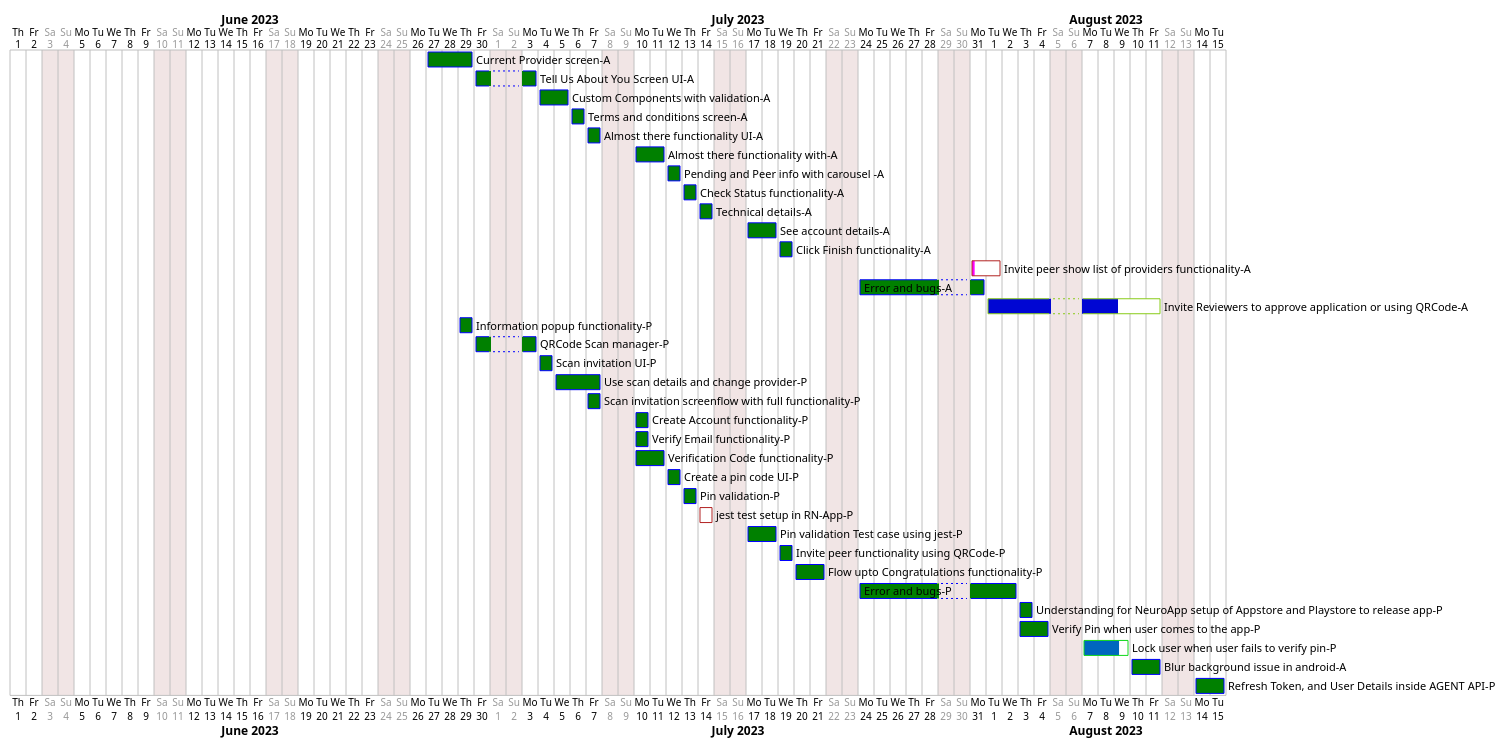
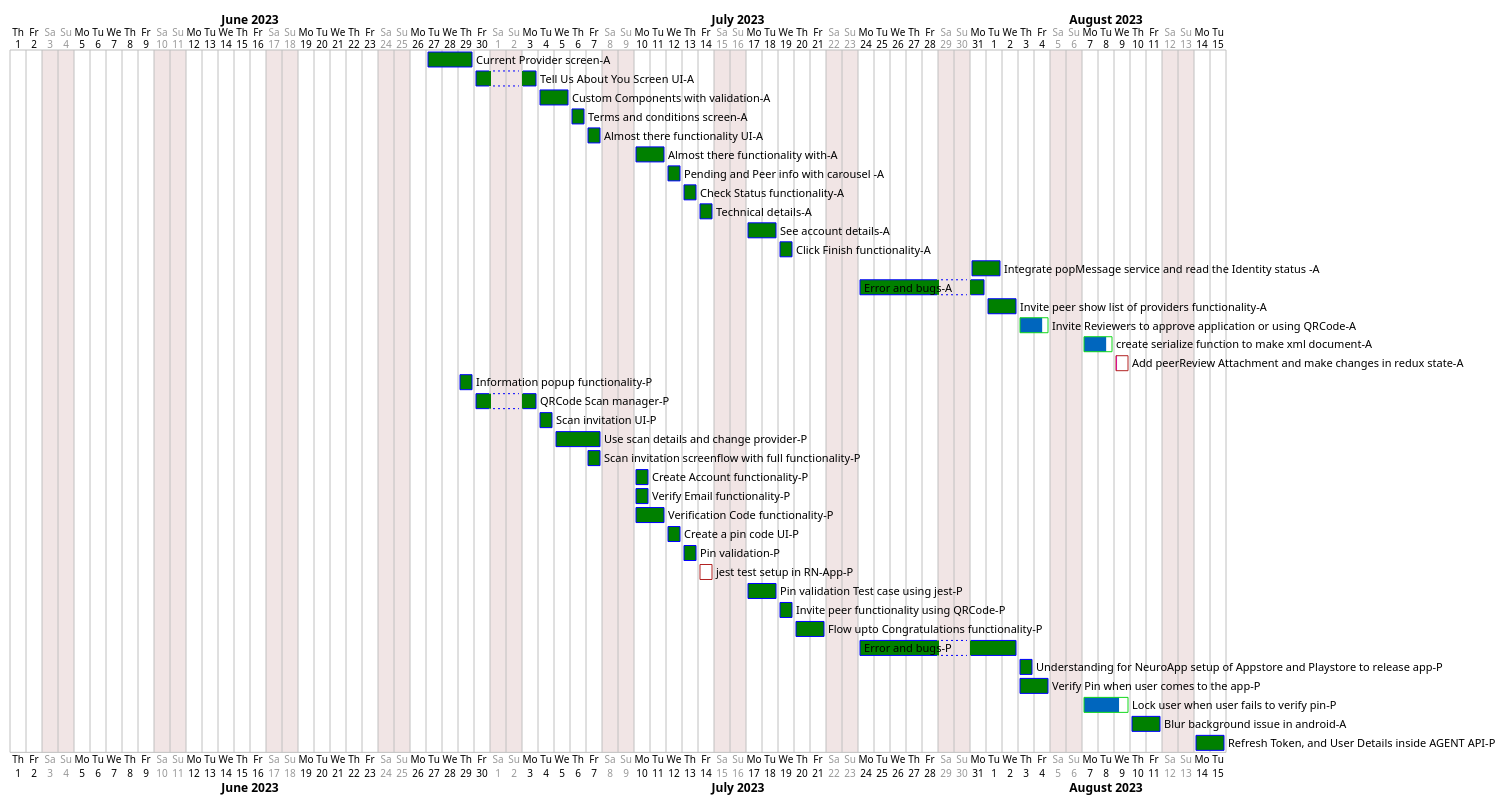
One commit to Trust-Anchor-Group/NeuroAccessReactNative changed the diagram in doc/Onboarding-Flow.puml. Above: the diagram before and after it, drawn with PlantUML.

Commit message:
Update Onboarding-Flow.puml
update tasks status

```diff
--- a/doc/Onboarding-Flow.puml
+++ b/doc/Onboarding-Flow.puml
@@ -1,96 +1,102 @@
 @startgantt
 
 saturday are closed
 sunday are closed
 
 
 <style>
 
 ganttDiagram {
   task {
     BackGroundColor Green
     LineColor Blue
     unstarted {
       BackGroundColor Fuchsia 
       LineColor FireBrick
     }
   }
 }
 
 </style>
 
 Project starts 2023-06-01
 [Current Provider screen-A] starts 2023-06-27 and ends 2023-06-29
 [Tell Us About You Screen UI-A] starts 2023-06-30 and ends 2023-07-03
 [Custom Components with validation-A] starts 2023-07-04 and ends 2023-07-05
 [Terms and conditions screen-A] starts 2023-07-06 and ends 2023-07-06
 [Almost there functionality UI-A] starts 2023-07-07 and ends 2023-07-07
 [Almost there functionality with-A] starts 2023-07-10 and ends 2023-07-11
 [Pending and Peer info with carousel -A] starts 2023-07-12 and ends 2023-07-12
 [Check Status functionality-A] starts 2023-07-13 and ends 2023-07-13
 [Technical details-A] starts 2023-07-14 and ends 2023-07-14
 [See account details-A] starts 2023-07-17 and ends 2023-07-18
 [Click Finish functionality-A] starts 2023-07-19 and ends 2023-07-19
-[Invite peer show list of providers functionality-A] starts 2023-07-31 and ends 2023-08-01
+[Integrate popMessage service and read the Identity status -A] starts 2023-07-31 and ends 2023-08-01
 [Error and bugs-A] starts 2023-07-24 and ends 2023-07-31
-[Invite Reviewers to approve application or using QRCode-A] starts 2023-08-01 and ends 2023-08-11
+[Invite peer show list of providers functionality-A] starts 2023-08-01 and ends 2023-08-02
+[Invite Reviewers to approve application or using QRCode-A] starts 2023-08-03 and ends 2023-08-04
+[create serialize function to make xml document-A] starts 2023-08-07 and ends 2023-08-08
+[Add peerReview Attachment and make changes in redux state-A] starts 2023-08-09 and ends 2023-08-09
 
 [Current Provider screen-A] is 100% complete
 [Tell Us About You Screen UI-A] is 100% complete
 [Custom Components with validation-A] is 100% complete
 [Terms and conditions screen-A] is 100% complete
 [Almost there functionality UI-A] is 100% complete
 [Almost there functionality with-A] is 100% complete
 [Pending and Peer info with carousel -A] is 100% complete
 [Check Status functionality-A] is 100% complete
 [Technical details-A] is 100% complete
 [See account details-A] is 100% complete
 [Click Finish functionality-A] is 100% complete
-[Invite peer show list of providers functionality-A] is 10% complete
+[Integrate popMessage service and read the Identity status -A] is 100% complete
 [Error and bugs-A] is 100% complete
-[Invite Reviewers to approve application or using QRCode-A] is 70% complete
+[Invite peer show list of providers functionality-A] is 100% complete
+[Invite Reviewers to approve application or using QRCode-A] is 80% complete
+[create serialize function to make xml document-A] is 80% complete
+[Add peerReview Attachment and make changes in redux state-A] is 10% complete
 
 
 [Information popup functionality-P] starts 2023-06-29 and ends 2023-06-29
 [QRCode Scan manager-P] starts 2023-06-30 and ends 2023-07-03
 [Scan invitation UI-P] starts 2023-07-04 and ends 2023-07-04
 [Use scan details and change provider-P] starts 2023-07-05 and ends 2023-07-07
 [Scan invitation screenflow with full functionality-P] starts 2023-07-07 and ends 2023-07-07
 [Create Account functionality-P] starts 2023-07-10 and ends 2023-07-10
 [Verify Email functionality-P] starts 2023-07-10 and ends 2023-07-10
 [Verification Code functionality-P] starts 2023-07-10 and ends 2023-07-11
 [Create a pin code UI-P] starts 2023-07-12 and ends 2023-07-12
 [Pin validation-P] starts 2023-07-13 and ends 2023-07-13
 [jest test setup in RN-App-P] starts 2023-07-14 and ends 2023-07-14
 [Pin validation Test case using jest-P] starts 2023-07-17 and ends 2023-07-18
 [Invite peer functionality using QRCode-P] starts 2023-07-19 and ends 2023-07-19
 [Flow upto Congratulations functionality-P] starts 2023-07-20 and ends 2023-07-21
 [Error and bugs-P] starts 2023-07-24 and ends 2023-08-02
 [Understanding for NeuroApp setup of Appstore and Playstore to release app-P] starts 2023-08-03 and ends 2023-08-03
 [Verify Pin when user comes to the app-P] starts 2023-08-03 and ends 2023-08-04
 [Lock user when user fails to verify pin-P] starts 2023-08-05 and ends 2023-08-09
 [Blur background issue in android-A] starts 2023-08-10 and ends 2023-08-11
 [Refresh Token, and User Details inside AGENT API-P] starts 2023-08-14 and ends 2023-08-15
 
 
 [Information popup functionality-P] is 100% complete
 [QRCode Scan manager-P] is 100% complete
 [Scan invitation UI-P] is 100% complete
 [Use scan details and change provider-P] is 100% complete
 [Scan invitation screenflow with full functionality-P] is 100% complete
 [Create Account functionality-P] is 100% complete
 [Verify Email functionality-P] is 100% complete
 [Verification Code functionality-P] is 100% complete
 [Create a pin code UI-P] is 100% complete
 [Pin validation-P] is 100% complete
 [jest test setup in RN-App-P] is 1% complete
 [Pin validation Test case using jest-P] is 100% complete
 [Invite peer functionality using QRCode-P] is 100% complete
 [Flow upto Congratulations functionality-P] is 100% complete
 [Error and bugs-P] is 100% complete
 [Understanding for NeuroApp setup of Appstore and Playstore to release app-P] is 100% complete
 [Verify Pin when user comes to the app-P] is 100% complete
 [Lock user when user fails to verify pin-P] is 80% complete
 
 
 @endgantt
```
